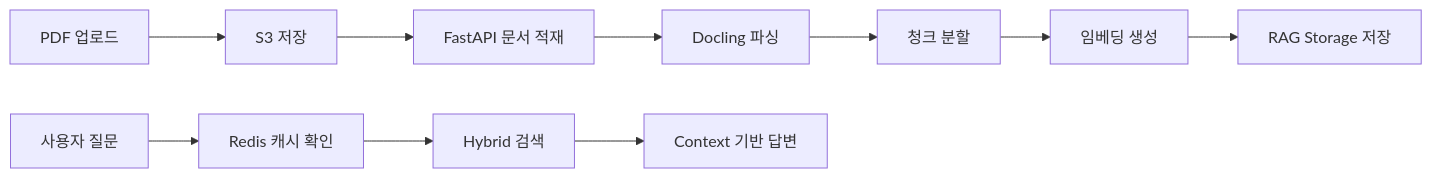
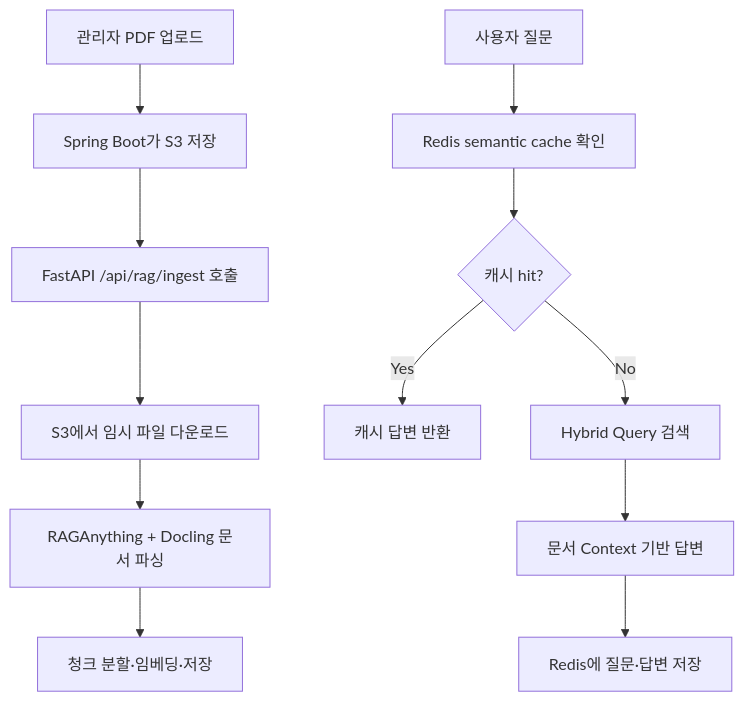
The third of 5 diagrams in README.md (tomatosugarpickled/announcement-_ai), drawn with Mermaid before and after one commit. The commit also changed other lines of this file, not shown here.

````diff
--- a/README.md
+++ b/README.md
@@ -276,12 +278,15 @@
 ```mermaid
-flowchart LR
-    A["PDF 업로드"] --> B["S3 저장"]
-    B --> C["FastAPI 문서 적재"]
-    C --> D["Docling 파싱"]
-    D --> E["청크 분할"]
-    E --> F["임베딩 생성"]
-    F --> G["RAG Storage 저장"]
-    H["사용자 질문"] --> I["Redis 캐시 확인"]
-    I --> J["Hybrid 검색"]
-    J --> K["Context 기반 답변"]
+flowchart TD
+    A["관리자 PDF 업로드"] --> B["Spring Boot가 S3 저장"]
+    B --> C["FastAPI /api/rag/ingest 호출"]
+    C --> D["S3에서 임시 파일 다운로드"]
+    D --> E["RAGAnything + Docling 문서 파싱"]
+    E --> F["청크 분할·임베딩·저장"]
+
+    G["사용자 질문"] --> H["Redis semantic cache 확인"]
+    H --> I{"캐시 hit?"}
+    I -- Yes --> J["캐시 답변 반환"]
+    I -- No --> K["Hybrid Query 검색"]
+    K --> L["문서 Context 기반 답변"]
+    L --> M["Redis에 질문·답변 저장"]
 ```
````
